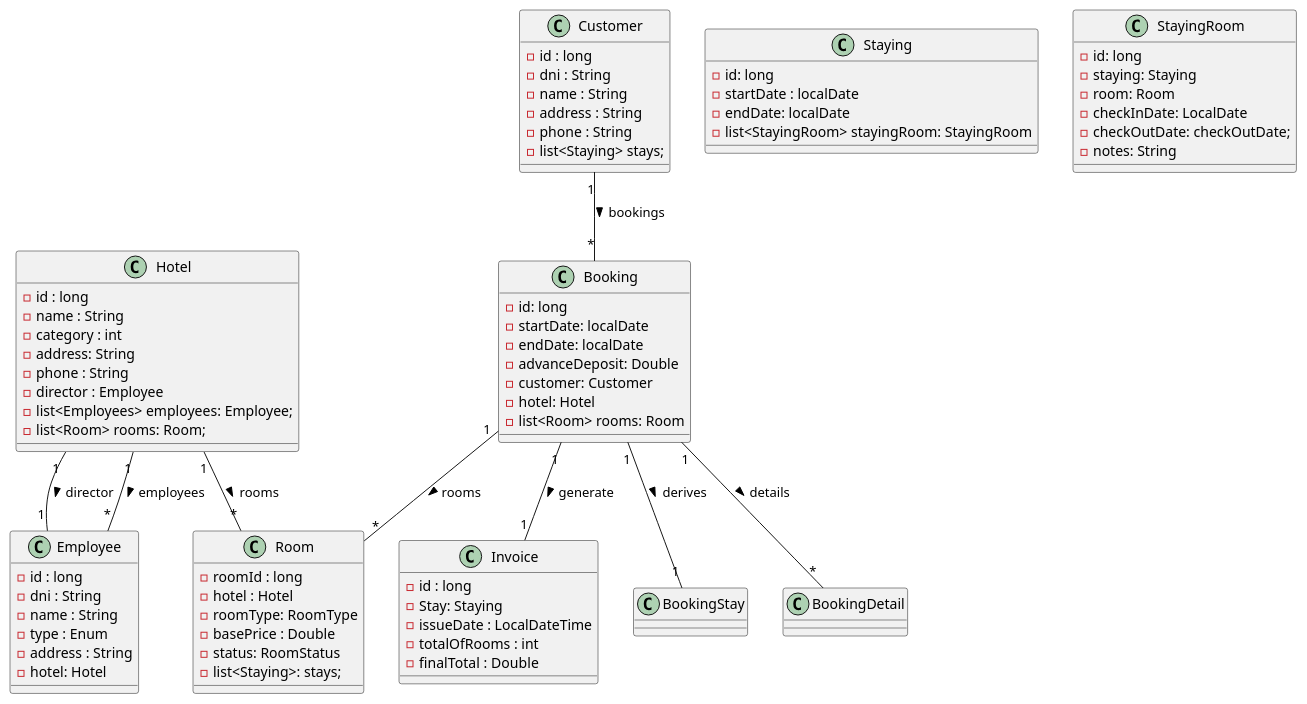
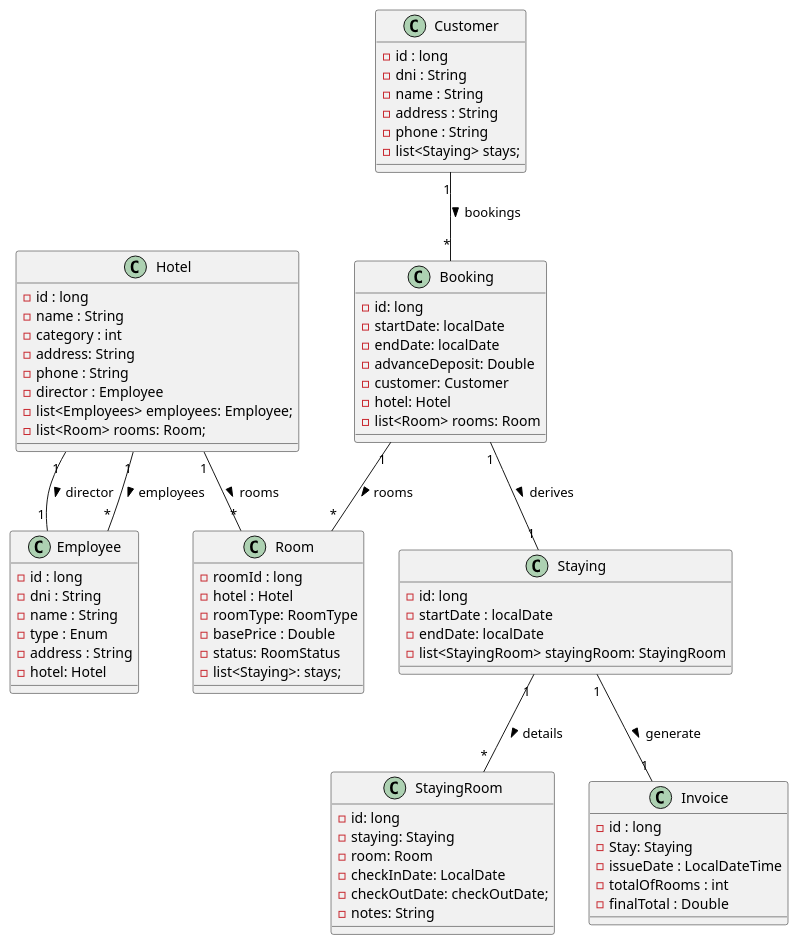
The diagram in docs/classesdiagram.puml (cleymeravilaa/hotel-chain-management), drawn with PlantUML before and after one commit.

Commit message:
feat: updating diagram class relationships

```diff
--- a/docs/classesdiagram.puml
+++ b/docs/classesdiagram.puml
@@ -1,92 +1,92 @@
 @startuml
 
 ' Main Entities'
 class Hotel {
     - id : long
     - name : String
     - category : int
     - address: String
     - phone : String
     - director : Employee
     - list<Employees> employees: Employee;
     - list<Room> rooms: Room;
 }
 
 class Employee {
     - id : long
     - dni : String
     - name : String
     - type : Enum
     - address : String
     - hotel: Hotel
 }
 
 class Customer {
     - id : long
     - dni : String
     - name : String
     - address : String
     - phone : String
     - list<Staying> stays;
 }
 
 class Room {
     - roomId : long
     - hotel : Hotel
     - roomType: RoomType
     - basePrice : Double
     - status: RoomStatus
     - list<Staying>: stays;
 }
 
 ' Reservas
 class Booking {
     - id: long
     - startDate: localDate
     - endDate: localDate
     - advanceDeposit: Double
     - customer: Customer
     - hotel: Hotel
     - list<Room> rooms: Room 
 }
 
 ' Estancia / Estadia
 class Staying {
     - id: long
     - startDate : localDate
     - endDate: localDate
     - list<StayingRoom> stayingRoom: StayingRoom
 }
 
 ' Estadia por habitacion
 class StayingRoom {
     - id: long
     - staying: Staying
     - room: Room
     - checkInDate: LocalDate
     - checkOutDate: checkOutDate;
     - notes: String
 }
 
 class Invoice {
     - id : long
     - Stay: Staying
     - issueDate : LocalDateTime
     - totalOfRooms : int
     - finalTotal : Double
 }
 
 
 ' Relationships '
 
 Hotel "1" -- "1" Employee: director >
 Hotel "1" -- "*" Employee: employees >
 Hotel "1" -- "*" Room: rooms >
 
 Customer "1" -- "*" Booking : bookings >
 
-Booking "1" -- "1" BookingStay: derives >
+Booking "1" -- "1" Staying: derives >
 Booking "1" -- "*" Room: rooms >
-Booking "1" -- "1" Invoice: generate >
-Booking "1" -- "*" BookingDetail: details >
+Staying "1" -- "1" Invoice: generate >
+Staying "1" -- "*" StayingRoom: details >
 @enduml
```
